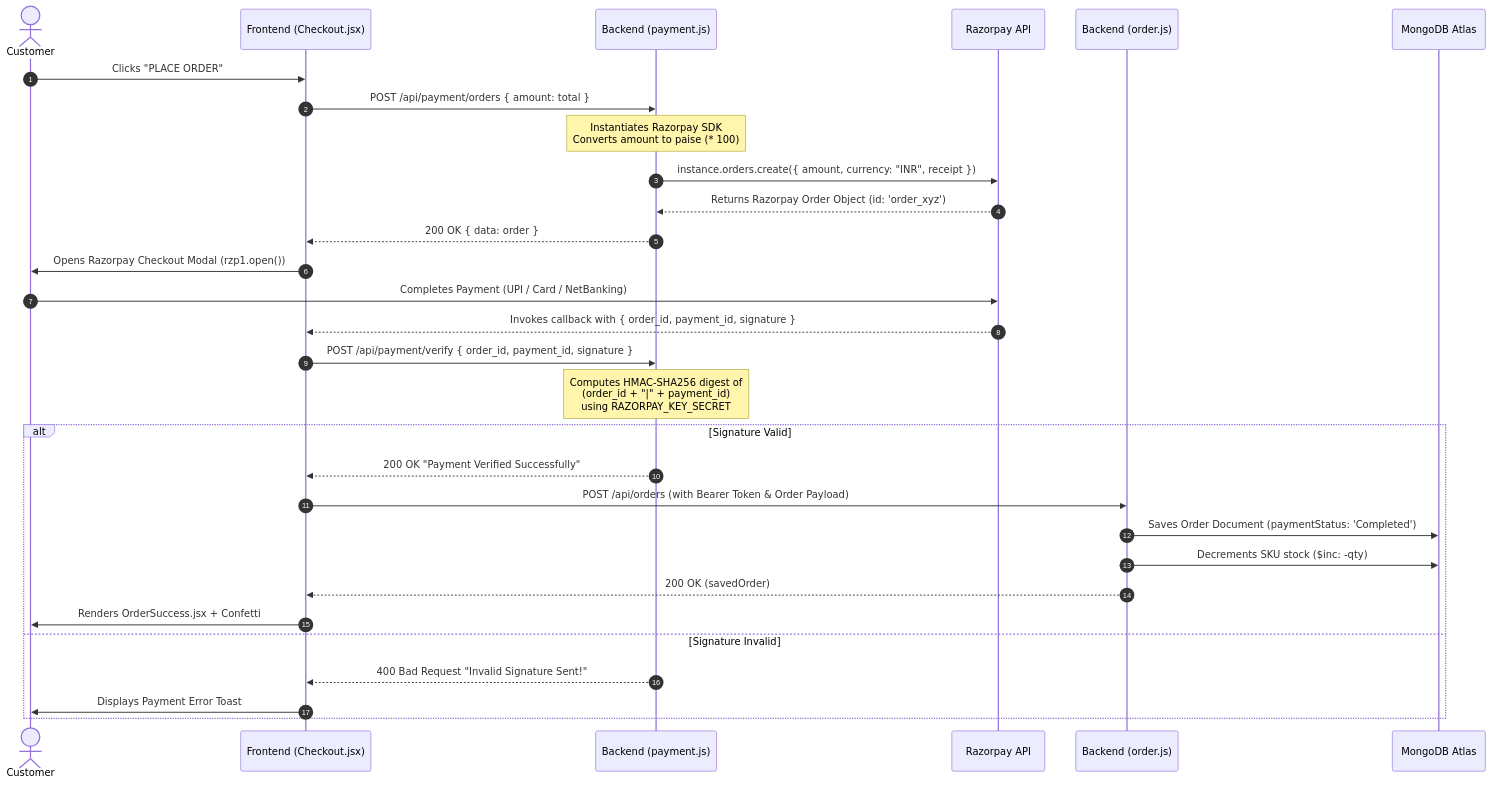
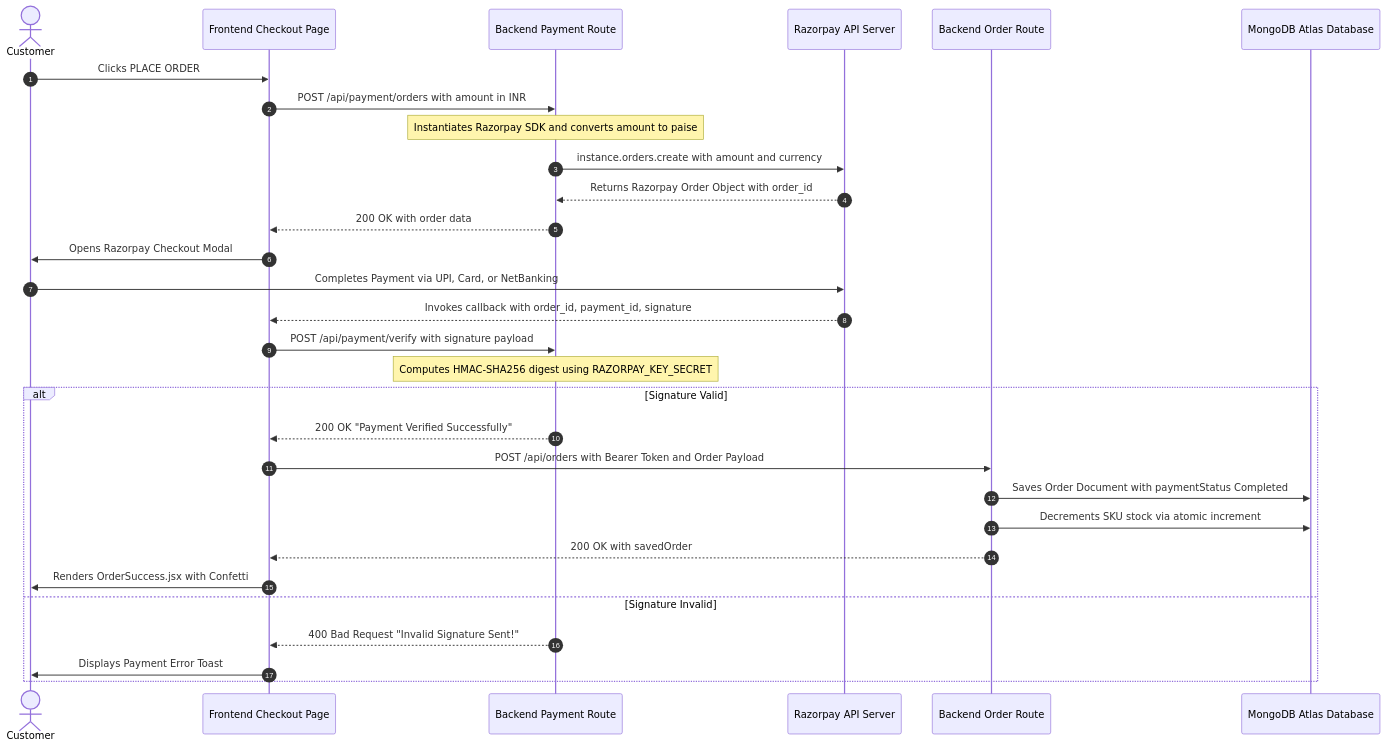
One commit to ShreshthTarwey/teer-brand-ecommerce changed the second of 6 diagrams in PROJECT_INTERVIEW_GUIDE.md. Above: the diagram before and after it, drawn with Mermaid. The commit also changed other lines of this file, not shown here.

````diff
--- a/PROJECT_INTERVIEW_GUIDE.md
+++ b/PROJECT_INTERVIEW_GUIDE.md
@@ -883,35 +883,35 @@
 ```mermaid
 sequenceDiagram
     autonumber
     actor User as Customer
-    participant React as Frontend (Checkout.jsx)
-    participant Node as Backend (payment.js)
-    participant Razorpay as Razorpay API
-    participant OrderRoute as Backend (order.js)
-    participant DB as MongoDB Atlas
+    participant React as Frontend Checkout Page
+    participant Node as Backend Payment Route
+    participant Razorpay as Razorpay API Server
+    participant OrderRoute as Backend Order Route
+    participant DB as MongoDB Atlas Database
 
-    User->>React: Clicks "PLACE ORDER"
-    React->>Node: POST /api/payment/orders { amount: total }
-    Note over Node: Instantiates Razorpay SDK<br/>Converts amount to paise (* 100)
-    Node->>Razorpay: instance.orders.create({ amount, currency: "INR", receipt })
-    Razorpay-->>Node: Returns Razorpay Order Object (id: 'order_xyz')
-    Node-->>React: 200 OK { data: order }
+    User->>React: Clicks PLACE ORDER
+    React->>Node: POST /api/payment/orders with amount in INR
+    Note over Node: Instantiates Razorpay SDK and converts amount to paise
+    Node->>Razorpay: instance.orders.create with amount and currency
+    Razorpay-->>Node: Returns Razorpay Order Object with order_id
+    Node-->>React: 200 OK with order data
     
-    React->>User: Opens Razorpay Checkout Modal (rzp1.open())
-    User->>Razorpay: Completes Payment (UPI / Card / NetBanking)
-    Razorpay-->>React: Invokes callback with { order_id, payment_id, signature }
+    React->>User: Opens Razorpay Checkout Modal
+    User->>Razorpay: Completes Payment via UPI, Card, or NetBanking
+    Razorpay-->>React: Invokes callback with order_id, payment_id, signature
 
-    React->>Node: POST /api/payment/verify { order_id, payment_id, signature }
-    Note over Node: Computes HMAC-SHA256 digest of<br/>(order_id + "|" + payment_id)<br/>using RAZORPAY_KEY_SECRET
+    React->>Node: POST /api/payment/verify with signature payload
+    Note over Node: Computes HMAC-SHA256 digest using RAZORPAY_KEY_SECRET
     alt Signature Valid
         Node-->>React: 200 OK "Payment Verified Successfully"
-        React->>OrderRoute: POST /api/orders (with Bearer Token & Order Payload)
-        OrderRoute->>DB: Saves Order Document (paymentStatus: 'Completed')
-        OrderRoute->>DB: Decrements SKU stock ($inc: -qty)
-        OrderRoute-->>React: 200 OK (savedOrder)
-        React->>User: Renders OrderSuccess.jsx + Confetti
+        React->>OrderRoute: POST /api/orders with Bearer Token and Order Payload
+        OrderRoute->>DB: Saves Order Document with paymentStatus Completed
+        OrderRoute->>DB: Decrements SKU stock via atomic increment
+        OrderRoute-->>React: 200 OK with savedOrder
+        React->>User: Renders OrderSuccess.jsx with Confetti
     else Signature Invalid
         Node-->>React: 400 Bad Request "Invalid Signature Sent!"
         React->>User: Displays Payment Error Toast
     end
 ```
````
